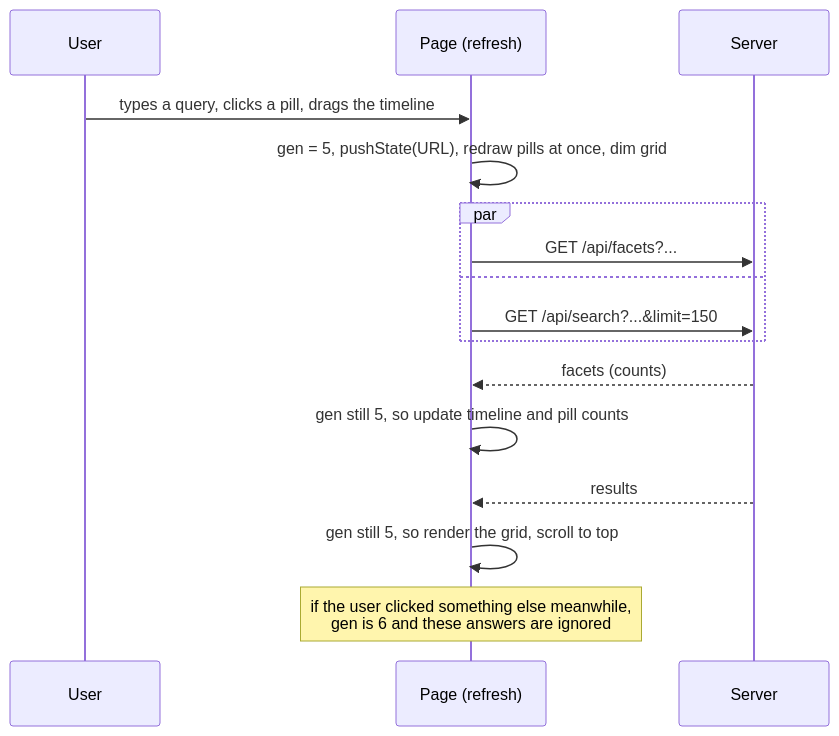
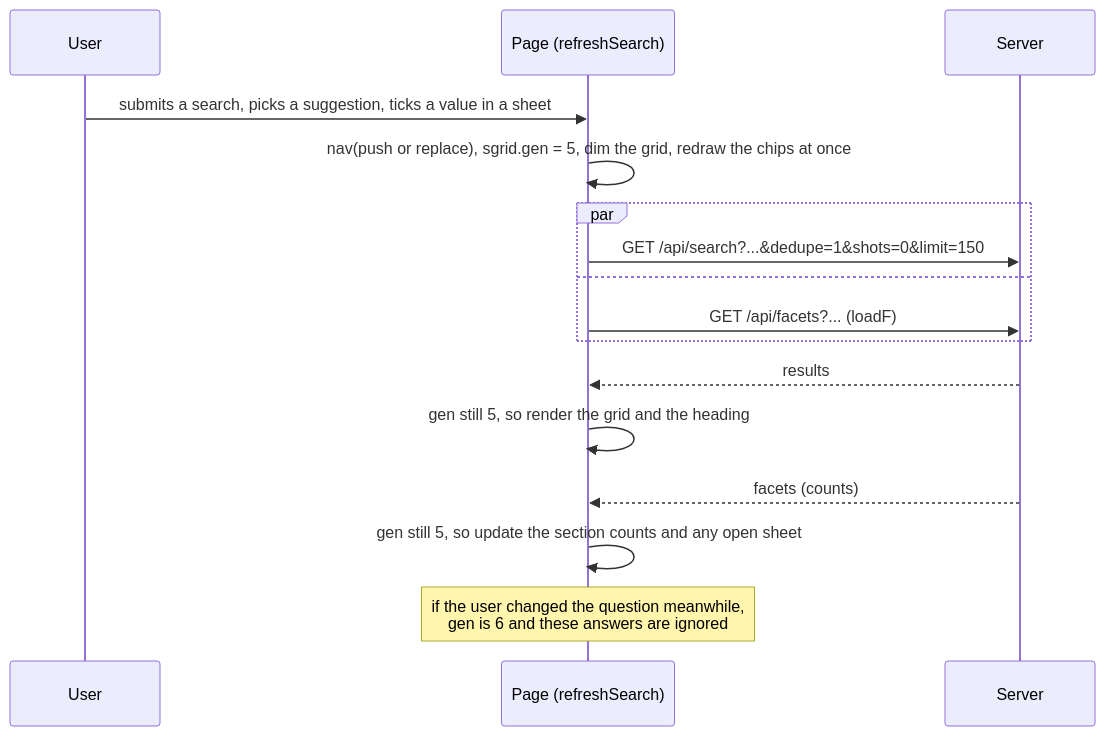
The second of 6 diagrams in docs/book/13-photo-app.md (jflam/photo-estate), drawn with Mermaid before and after one commit. The commit also changed other lines of this file, not shown here.

````diff
--- a/docs/book/13-photo-app.md
+++ b/docs/book/13-photo-app.md
@@ -55,18 +107,18 @@
 ```mermaid
 sequenceDiagram
     participant U as User
-    participant P as Page (refresh)
+    participant P as Page (refreshSearch)
     participant S as Server
-    U->>P: types a query, clicks a pill, drags the timeline
-    P->>P: gen = 5, pushState(URL), redraw pills at once, dim grid
+    U->>P: submits a search, picks a suggestion, ticks a value in a sheet
+    P->>P: nav(push or replace), sgrid.gen = 5, dim the grid, redraw the chips at once
     par
-      P->>S: GET /api/facets?...
+      P->>S: GET /api/search?...&dedupe=1&shots=0&limit=150
     and
-      P->>S: GET /api/search?...&limit=150
+      P->>S: GET /api/facets?... (loadF)
     end
+    S-->>P: results
+    P->>P: gen still 5, so render the grid and the heading
     S-->>P: facets (counts)
-    P->>P: gen still 5, so update timeline and pill counts
-    S-->>P: results
-    P->>P: gen still 5, so render the grid, scroll to top
-    Note over P: if the user clicked something else meanwhile,<br/>gen is 6 and these answers are ignored
+    P->>P: gen still 5, so update the section counts and any open sheet
+    Note over P: if the user changed the question meanwhile,<br/>gen is 6 and these answers are ignored
 ```
````
